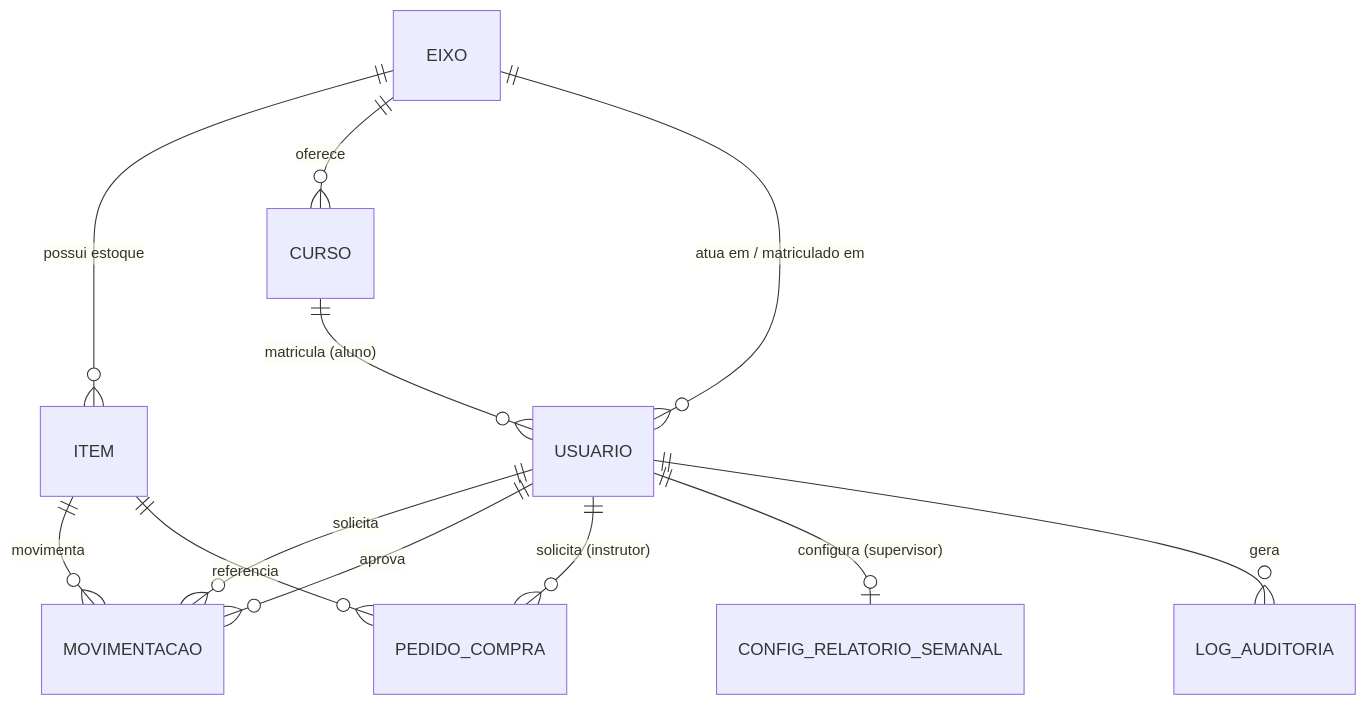
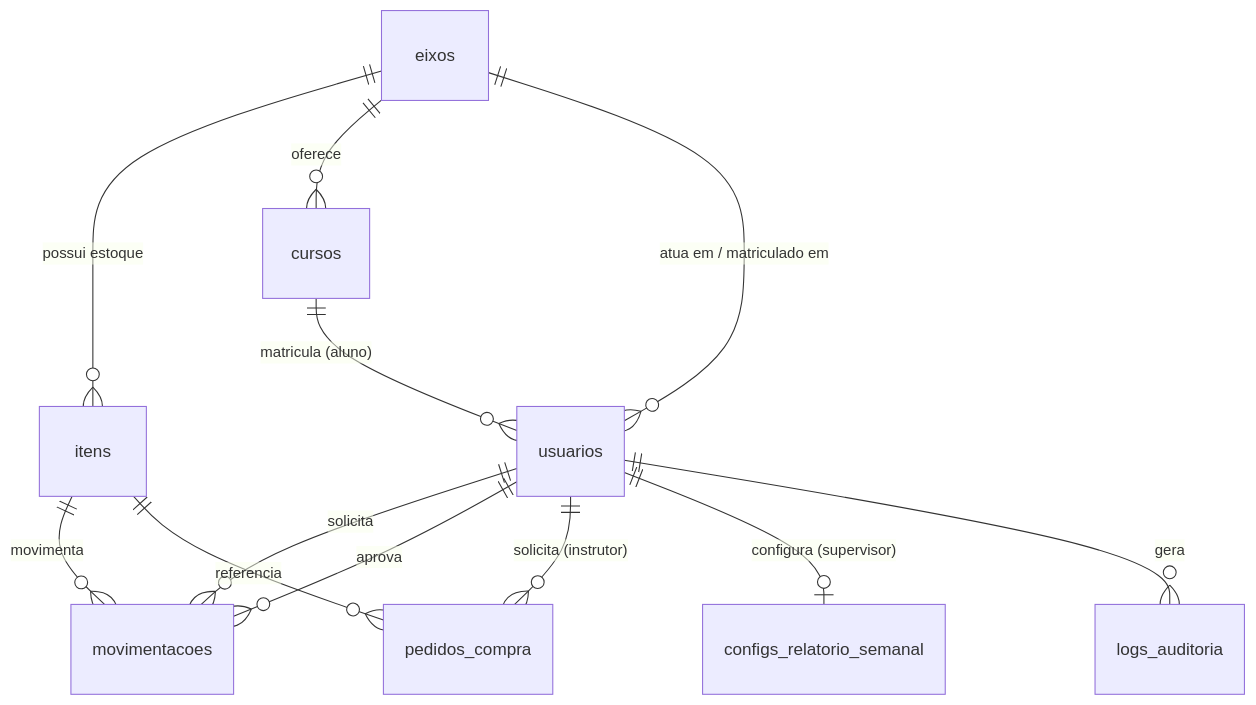
One commit to iagoot23/inventfy changed the diagram in REQUIREMENTS.md. Above: the diagram before and after it, drawn with Mermaid. The commit also changed other lines of this file, not shown here.

````diff
--- a/REQUIREMENTS.md
+++ b/REQUIREMENTS.md
@@ -217,14 +219,14 @@
 ```mermaid
 erDiagram
-    EIXO ||--o{ ITEM : "possui estoque"
-    EIXO ||--o{ CURSO : "oferece"
-    EIXO ||--o{ USUARIO : "atua em / matriculado em"
-    CURSO ||--o{ USUARIO : "matricula (aluno)"
-    USUARIO ||--o{ MOVIMENTACAO : "solicita"
-    USUARIO ||--o{ MOVIMENTACAO : "aprova"
-    ITEM ||--o{ MOVIMENTACAO : "movimenta"
-    USUARIO ||--o{ PEDIDO_COMPRA : "solicita (instrutor)"
-    ITEM ||--o{ PEDIDO_COMPRA : "referencia"
-    USUARIO ||--o| CONFIG_RELATORIO_SEMANAL : "configura (supervisor)"
-    USUARIO ||--o{ LOG_AUDITORIA : "gera"
+    eixos ||--o{ itens : "possui estoque"
+    eixos ||--o{ cursos : "oferece"
+    eixos ||--o{ usuarios : "atua em / matriculado em"
+    cursos ||--o{ usuarios : "matricula (aluno)"
+    usuarios ||--o{ movimentacoes : "solicita"
+    usuarios ||--o{ movimentacoes : "aprova"
+    itens ||--o{ movimentacoes : "movimenta"
+    usuarios ||--o{ pedidos_compra : "solicita (instrutor)"
+    itens ||--o{ pedidos_compra : "referencia"
+    usuarios ||--o| configs_relatorio_semanal : "configura (supervisor)"
+    usuarios ||--o{ logs_auditoria : "gera"
 ```
````
